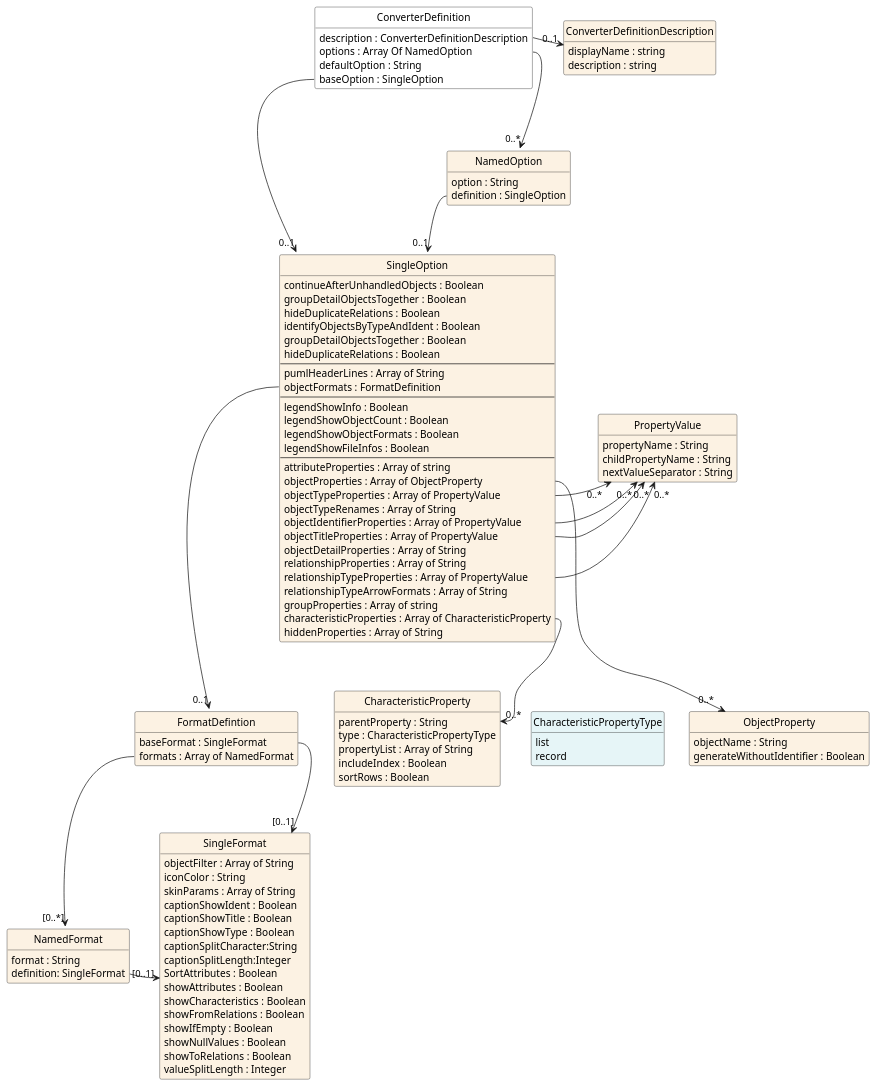
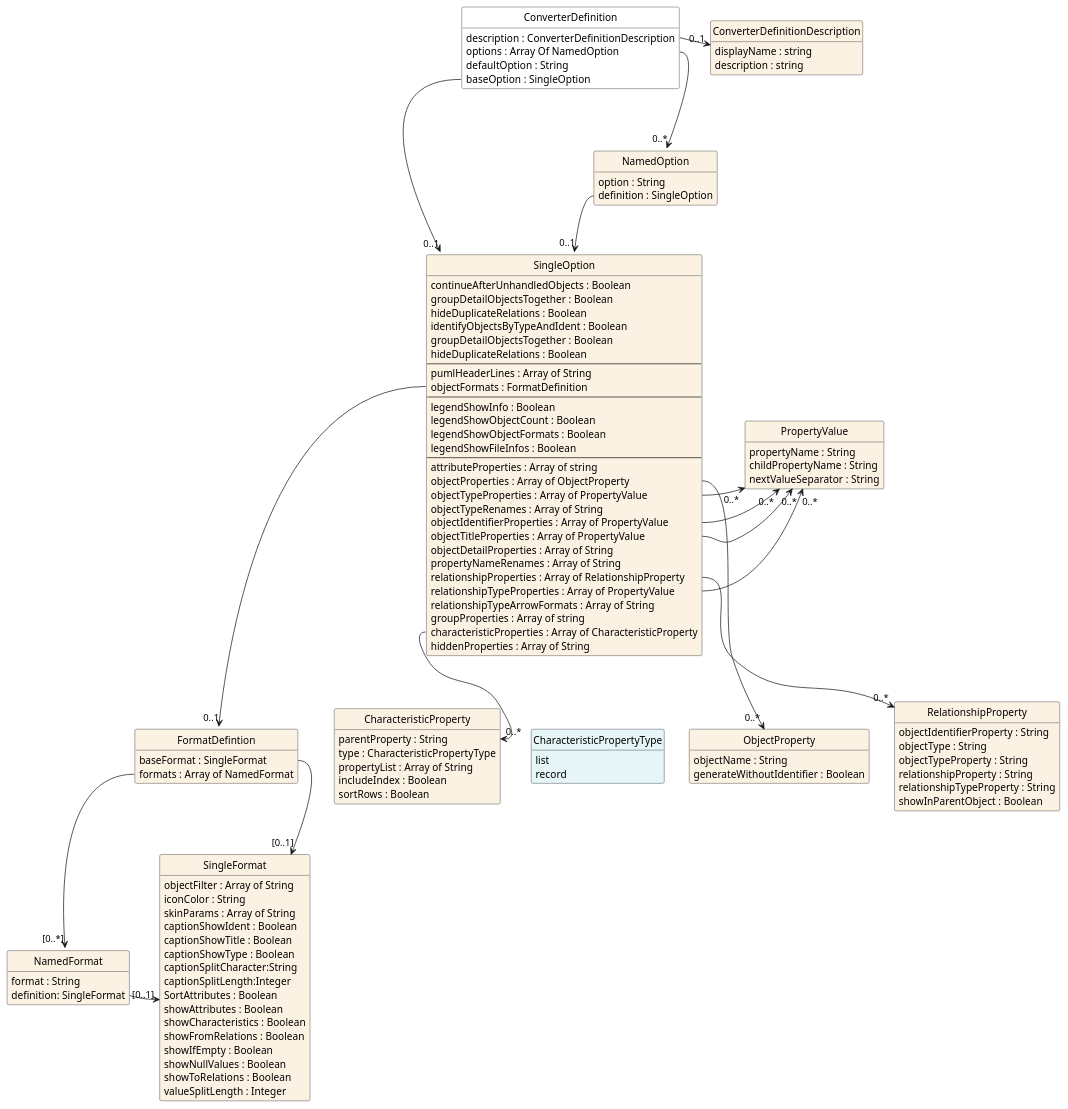
One commit to jfudickar/json2puml changed the diagram in documentation/models/converterdefinition/converterdefinition.puml. Above: the diagram before and after it, drawn with PlantUML. The commit also changed 2 other files, not shown here.

```diff
--- a/documentation/models/converterdefinition/converterdefinition.puml
+++ b/documentation/models/converterdefinition/converterdefinition.puml
@@ -1,145 +1,156 @@
 @startuml
 
 hide circle
 hide methods
 hide stereotype
 show <<Enumeration>> stereotype
 'skinparam Padding 5
 skinparam ParticipantPadding 15
 
 skinparam class {
    BackgroundColor<<Enumeration>> #E6F5F7
    BackgroundColor<<Ref>> #FFFFE0
    BackgroundColor<<Pivot>> #FFFFFFF
    BackgroundColor #FCF2E3
 }
 
 class ConverterDefinitionDescription {
     displayName : string
     description : string
 }
 
 class ConverterDefinition  <<Pivot>> {
   description : ConverterDefinitionDescription  
   options : Array Of NamedOption  
   defaultOption : String
   baseOption : SingleOption
 }
 
 class NamedOption {
     option : String
     definition : SingleOption
 }
 
 class CharacteristicPropertyType <<Enumeration>> {
     list
     record
 }
 
 class CharacteristicProperty {
     parentProperty : String
     type : CharacteristicPropertyType
     propertyList : Array of String
     includeIndex : Boolean
     sortRows : Boolean
 }
 
 together {
 class CharacteristicProperty
 class CharacteristicPropertyType
 }
 
 together  {
 class FormatDefintion
 class NamedFormat
 class SingleFormat
 }
 
 class SingleFormat {
     objectFilter : Array of String
     iconColor : String
     skinParams : Array of String
     captionShowIdent : Boolean
     captionShowTitle : Boolean
     captionShowType : Boolean
     captionSplitCharacter:String
     captionSplitLength:Integer
     SortAttributes : Boolean
     showAttributes : Boolean
     showCharacteristics : Boolean
     showFromRelations : Boolean
     showIfEmpty : Boolean
     showNullValues : Boolean
     showToRelations : Boolean
     valueSplitLength : Integer
 }
 
 class FormatDefintion {
     baseFormat : SingleFormat
     formats : Array of NamedFormat
 }
 
 class NamedFormat {
     format : String
     definition: SingleFormat
 }
 
+class RelationshipProperty {
+    objectIdentifierProperty : String
+    objectType : String
+    objectTypeProperty : String
+    relationshipProperty : String
+    relationshipTypeProperty : String
+    showInParentObject : Boolean        
+}
+
 class PropertyValue {
     propertyName : String
     childPropertyName : String
     nextValueSeparator : String
 }
 
 class ObjectProperty {
     objectName : String
     generateWithoutIdentifier : Boolean
 }
 class SingleOption {
     continueAfterUnhandledObjects : Boolean
     groupDetailObjectsTogether : Boolean
     hideDuplicateRelations : Boolean
     identifyObjectsByTypeAndIdent : Boolean
     groupDetailObjectsTogether : Boolean
     hideDuplicateRelations : Boolean
     ---
     pumlHeaderLines : Array of String
     objectFormats : FormatDefinition
     ---
     legendShowInfo : Boolean
     legendShowObjectCount : Boolean
     legendShowObjectFormats : Boolean
     legendShowFileInfos : Boolean
     ---
 	attributeProperties : Array of string
     objectProperties : Array of ObjectProperty
 	objectTypeProperties : Array of PropertyValue
     objectTypeRenames : Array of String
     objectIdentifierProperties : Array of PropertyValue
 	objectTitleProperties : Array of PropertyValue
     objectDetailProperties : Array of String
-    relationshipProperties : Array of String
+    propertyNameRenames : Array of String
+    relationshipProperties : Array of RelationshipProperty
     relationshipTypeProperties : Array of PropertyValue
     relationshipTypeArrowFormats : Array of String
     groupProperties : Array of string
     characteristicProperties : Array of CharacteristicProperty
     hiddenProperties : Array of String
 }
 
 ConverterDefinition::options -down-> "0..*" NamedOption: "        "
 ConverterDefinition::baseOption -right-> "0..1" SingleOption::option
 ConverterDefinition::description -right-> "0..1" ConverterDefinitionDescription
 NamedOption::definition --> "0..1" SingleOption
 SingleOption::characteristicProperties --> "0..*" CharacteristicProperty::parentProperty
 SingleOption::objectFormats --> "0..1" FormatDefintion
 SingleOption::objectProperties --> "0..*" ObjectProperty
 SingleOption::objectIdentifierProperties -right-> "0..*" PropertyValue
 SingleOption::objectTitleProperties --> "0..*" PropertyValue
 SingleOption::objectTypeProperties --> "0..*" PropertyValue : "     "
 SingleOption::relationshipTypeProperties --> "0..*" PropertyValue
+SingleOption::relationshipProperties --> "0..*" RelationshipProperty
 FormatDefintion::baseFormat -right-> "[0..1]" SingleFormat
 FormatDefintion::formats -down-> "[0..*]" NamedFormat
 NamedFormat::definition -right-> "[0..1]" SingleFormat
 CharacteristicProperty -[hidden]right-> CharacteristicPropertyType
 CharacteristicPropertyType -[hidden]right-> ObjectProperty
 
 @enduml
```
